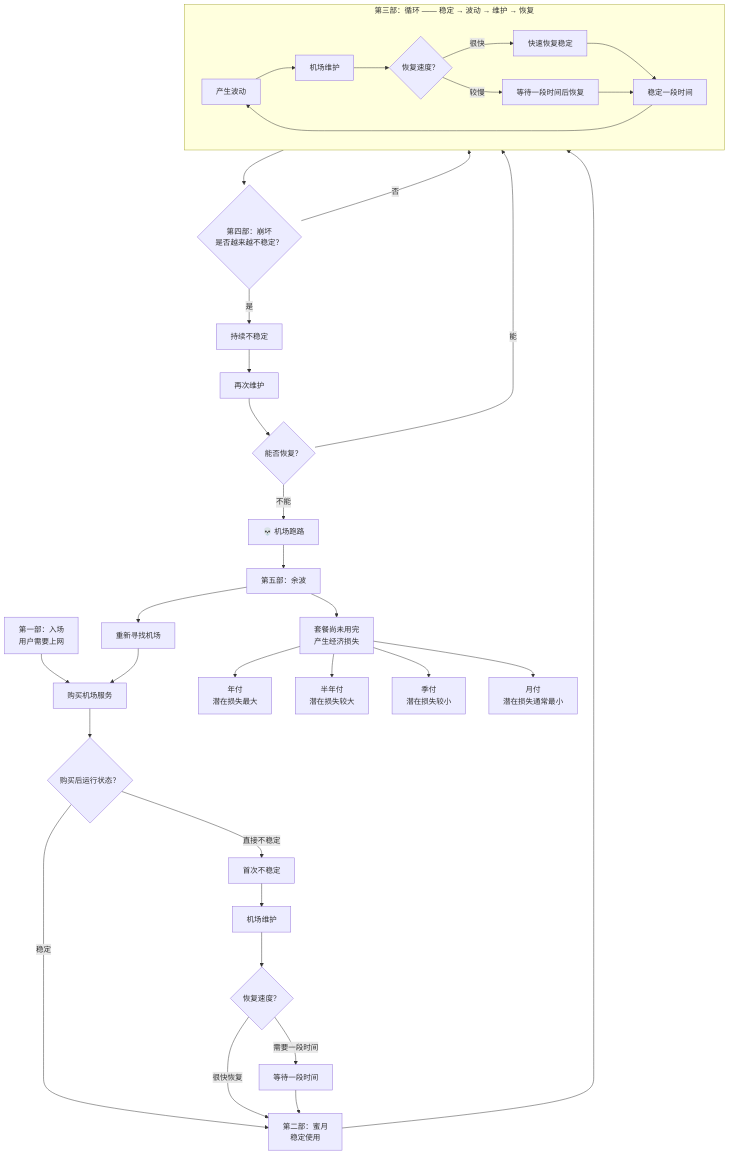
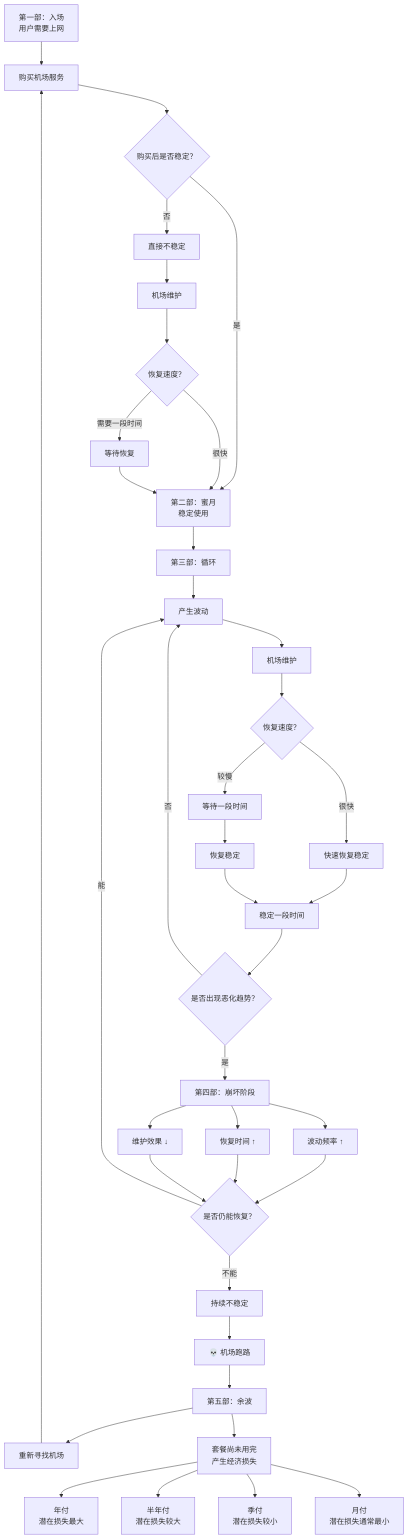
Before and after one commit to limbopro/Paolujichang: the diagram in readme.md, drawn with Mermaid.

Commit message:
Revise flowchart for airport service user journey
Updated flowchart for user experience with airport services, clarifying stability checks and recovery processes.

````diff
--- a/readme.md
+++ b/readme.md
@@ -20,68 +20,69 @@
 ```mermaid
 flowchart TD
 
-    %% 第一部：入场
     A["第一部：入场<br/>用户需要上网"] --> B["购买机场服务"]
 
-    %% 购买后第一次判断
-    B --> C{"购买后运行状态？"}
+    %% 购买后的首次状态
+    B --> C{"购买后是否稳定？"}
 
-    C -->|稳定| D["第二部：蜜月<br/>稳定使用"]
-    C -->|直接不稳定| E["首次不稳定"]
+    C -->|是| D["第二部：蜜月<br/>稳定使用"]
+    C -->|否| E["直接不稳定"]
 
-    %% 直接不稳定的处理
+    %% 首次异常处理
     E --> F["机场维护"]
     F --> G{"恢复速度？"}
 
-    G -->|很快恢复| D
-    G -->|需要一段时间| H["等待一段时间"]
+    G -->|很快| D
+    G -->|需要一段时间| H["等待恢复"]
     H --> D
 
-    %% 第二部 → 第三部
-    D --> I
+    %% 进入循环
+    D --> I["第三部：循环"]
 
-    %% 第三部：循环
-    subgraph LOOP["第三部：循环 —— 稳定 → 波动 → 维护 → 恢复"]
-        direction LR
+    I --> J["产生波动"]
+    J --> K["机场维护"]
 
-        I["产生波动"] --> J["机场维护"]
-        J --> K{"恢复速度？"}
+    %% 恢复速度统一判断
+    K --> L{"恢复速度？"}
 
-        K -->|很快| L["快速恢复稳定"]
-        K -->|较慢| M["等待一段时间后恢复"]
+    L -->|很快| M["快速恢复稳定"]
+    L -->|较慢| N["等待一段时间"]
+    N --> O["恢复稳定"]
+    M --> P["稳定一段时间"]
+    O --> P
 
-        L --> N["稳定一段时间"]
-        M --> N
+    %% 循环继续
+    P --> Q{"是否出现恶化趋势？"}
 
-        N --> I
-    end
+    Q -->|否| J
+    Q -->|是| R["第四部：崩坏阶段"]
 
-    %% 第四部：崩坏
-    N --> O{"第四部：崩坏<br/>是否越来越不稳定？"}
+    %% 三个崩坏条件
+    R --> S["波动频率 ↑"]
+    R --> T["恢复时间 ↑"]
+    R --> U["维护效果 ↓"]
 
-    O -->|否| N
-    O -->|是| P["持续不稳定"]
+    S --> V
+    T --> V
+    U --> V
 
-    P --> Q["再次维护"]
+    V{"是否仍能恢复？"}
 
-    Q --> R{"能否恢复？"}
+    V -->|能| J
+    V -->|不能| W["持续不稳定"]
 
-    R -->|能| N
-    R -->|不能| S["💀 机场跑路"]
+    W --> X["💀 机场跑路"]
 
-    %% 第五部：余波
-    S --> T["第五部：余波"]
+    %% 跑路后的第五部
+    X --> Y["第五部：余波"]
 
-    %% 两个并行结果
-    T --> U["重新寻找机场"]
-    U --> B
+    Y --> Z["重新寻找机场"]
+    Z --> B
 
-    T --> V["套餐尚未用完<br/>产生经济损失"]
+    Y --> AA["套餐尚未用完<br/>产生经济损失"]
 
-    %% 套餐期限造成不同损失
-    V --> W["年付<br/>潜在损失最大"]
-    V --> X["半年付<br/>潜在损失较大"]
-    V --> Y["季付<br/>潜在损失较小"]
-    V --> Z["月付<br/>潜在损失通常最小"]
-
+    AA --> AB["年付<br/>潜在损失最大"]
+    AA --> AC["半年付<br/>潜在损失较大"]
+    AA --> AD["季付<br/>潜在损失较小"]
+    AA --> AE["月付<br/>潜在损失通常最小"]
 ```
````
